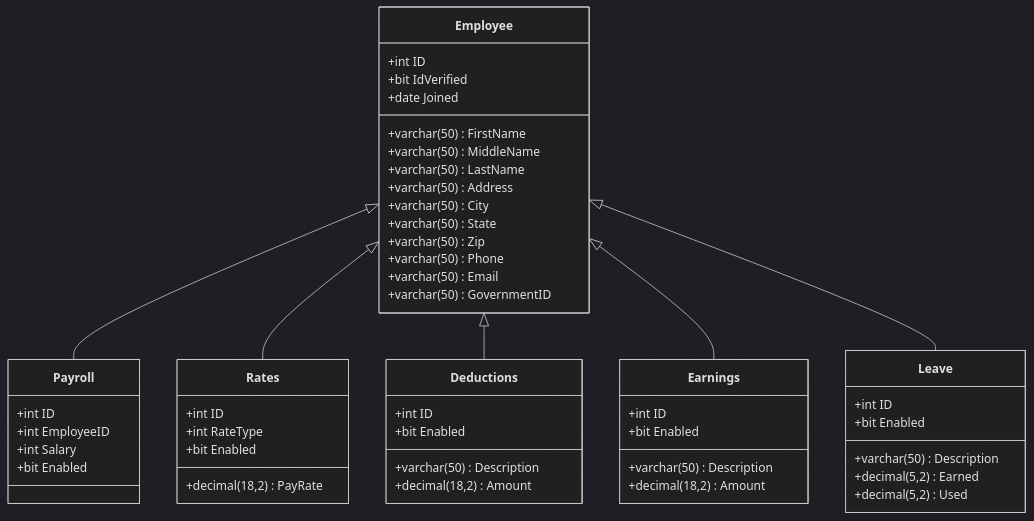
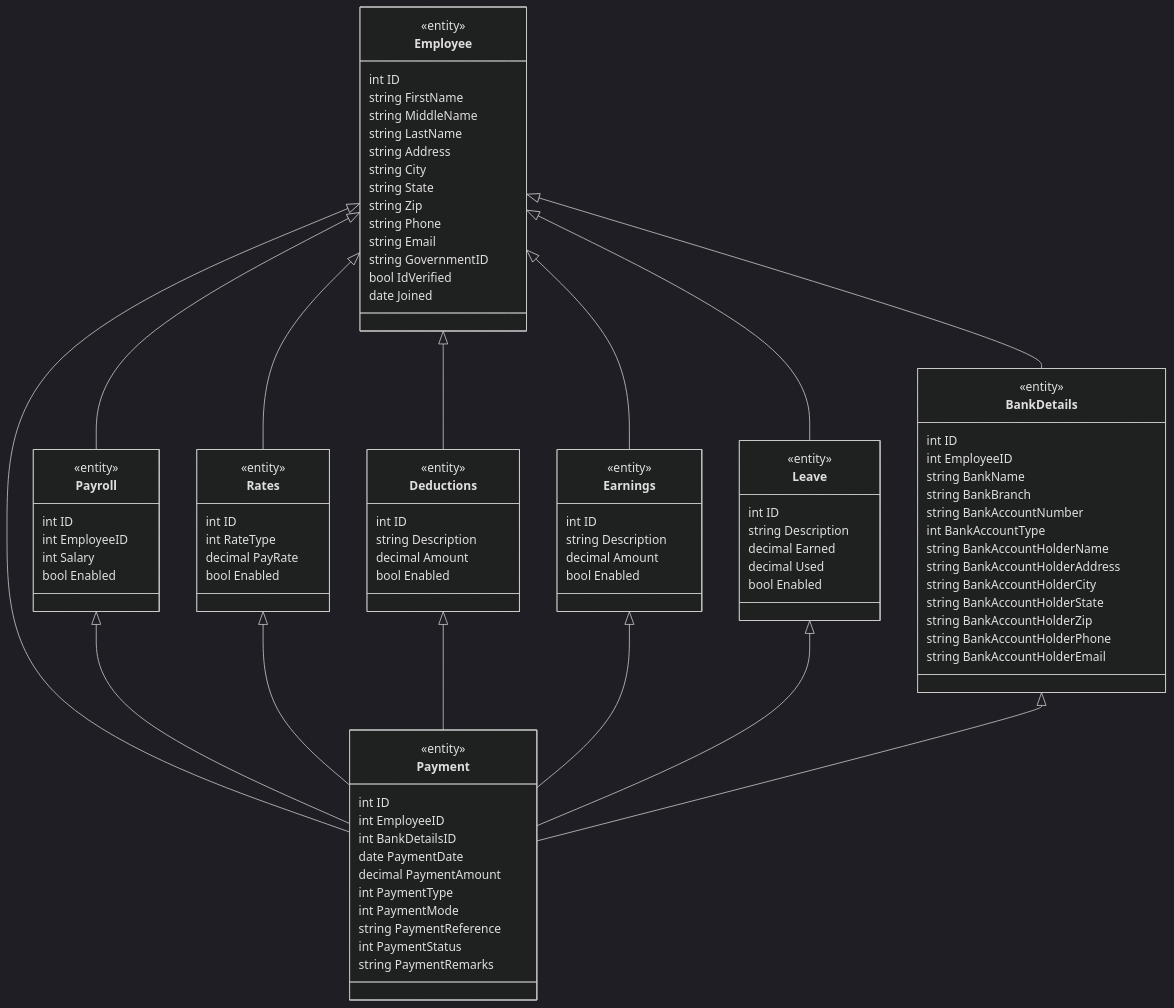
The second of 2 diagrams in README.md (navinkumaragilysys/tenet), drawn with Mermaid (dark theme) before and after one commit. The commit also changed other lines of this file, not shown here.

Commit message:
Payment details added

````diff
--- a/README.md
+++ b/README.md
@@ -202,50 +289,93 @@
     Employee <|-- Deductions
     Employee <|-- Earnings
     Employee <|-- Leave
+    Employee <|-- Payment
+    Employee <|-- BankDetails
+    Payroll <|-- Payment
+    Rates <|-- Payment
+    Deductions <|-- Payment
+    Earnings <|-- Payment
+    Leave <|-- Payment
+    BankDetails <|-- Payment
     class Employee{
-        +int ID
-        +varchar(50) FirstName
-        +varchar(50) MiddleName
-        +varchar(50) LastName
-        +varchar(50) Address
-        +varchar(50) City
-        +varchar(50) State
-        +varchar(50) Zip
-        +varchar(50) Phone
-        +varchar(50) Email
-        +varchar(50) GovernmentID
-        +bit IdVerified
-        +date Joined
+        <<entity>>
+        int ID
+        string FirstName
+        string MiddleName
+        string LastName
+        string Address
+        string City
+        string State
+        string Zip
+        string Phone
+        string Email
+        string GovernmentID
+        bool IdVerified
+        date Joined
     }
     class Payroll{
-        +int ID
-        +int EmployeeID
-        +int Salary
-        +bit Enabled
+        <<entity>>
+        int ID
+        int EmployeeID
+        int Salary
+        bool Enabled
     }
     class Rates{
-        +int ID
-        +int RateType
-        +decimal(18,2) PayRate
-        +bit Enabled
+        <<entity>>
+        int ID
+        int RateType
+        decimal PayRate
+        bool Enabled
     }
     class Deductions{
-        +int ID
-        +varchar(50) Description
-        +decimal(18,2) Amount
-        +bit Enabled
+        <<entity>>
+        int ID
+        string Description
+        decimal Amount
+        bool Enabled
     }
     class Earnings{
-        +int ID
-        +varchar(50) Description
-        +decimal(18,2) Amount
-        +bit Enabled
+        <<entity>>
+        int ID
+        string Description
+        decimal Amount
+        bool Enabled
     }
     class Leave{
-        +int ID
-        +varchar(50) Description
-        +decimal(5,2) Earned
-        +decimal(5,2) Used
-        +bit Enabled
+        <<entity>>
+        int ID
+        string Description
+        decimal Earned
+        decimal Used
+        bool Enabled
+    }
+    class Payment{
+        <<entity>>
+        int ID
+        int EmployeeID
+        int BankDetailsID
+        date PaymentDate
+        decimal PaymentAmount
+        int PaymentType
+        int PaymentMode
+        string PaymentReference
+        int PaymentStatus
+        string PaymentRemarks
+    }
+    class BankDetails{
+        <<entity>>
+        int ID
+        int EmployeeID
+        string BankName
+        string BankBranch
+        string BankAccountNumber
+        int BankAccountType
+        string BankAccountHolderName
+        string BankAccountHolderAddress
+        string BankAccountHolderCity
+        string BankAccountHolderState
+        string BankAccountHolderZip
+        string BankAccountHolderPhone
+        string BankAccountHolderEmail
     }
 ```
````
